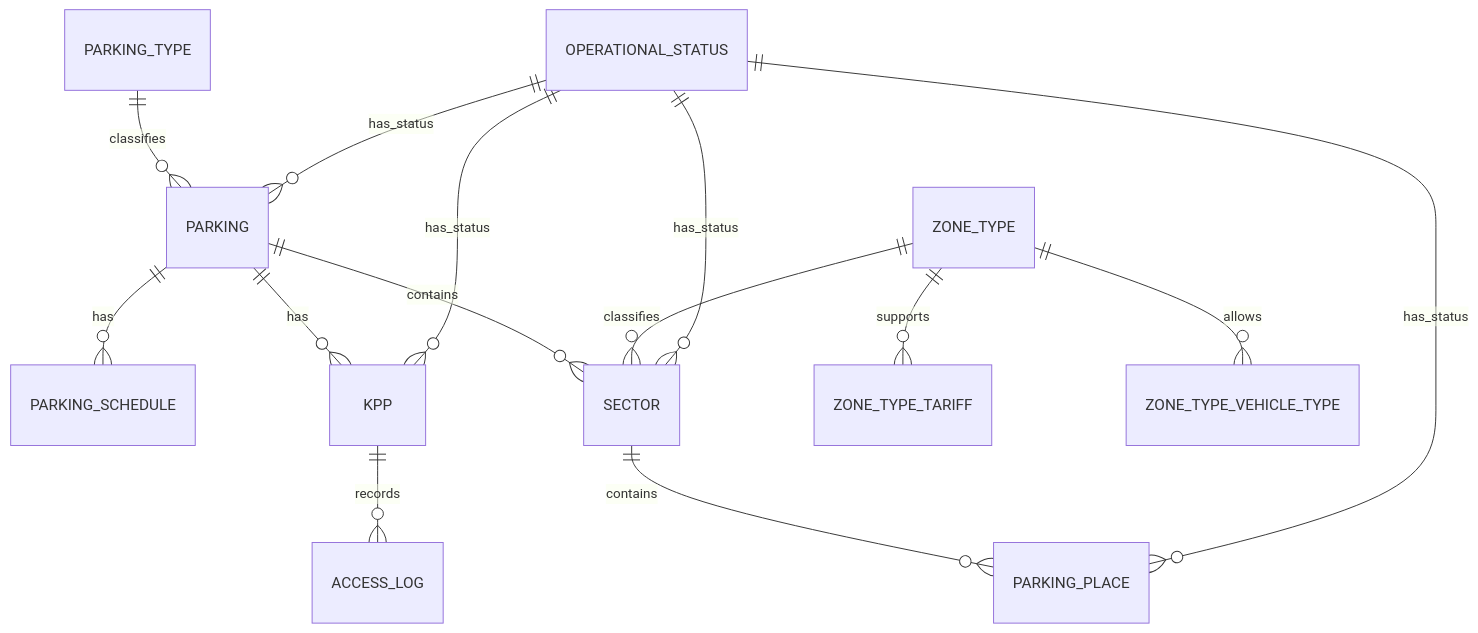
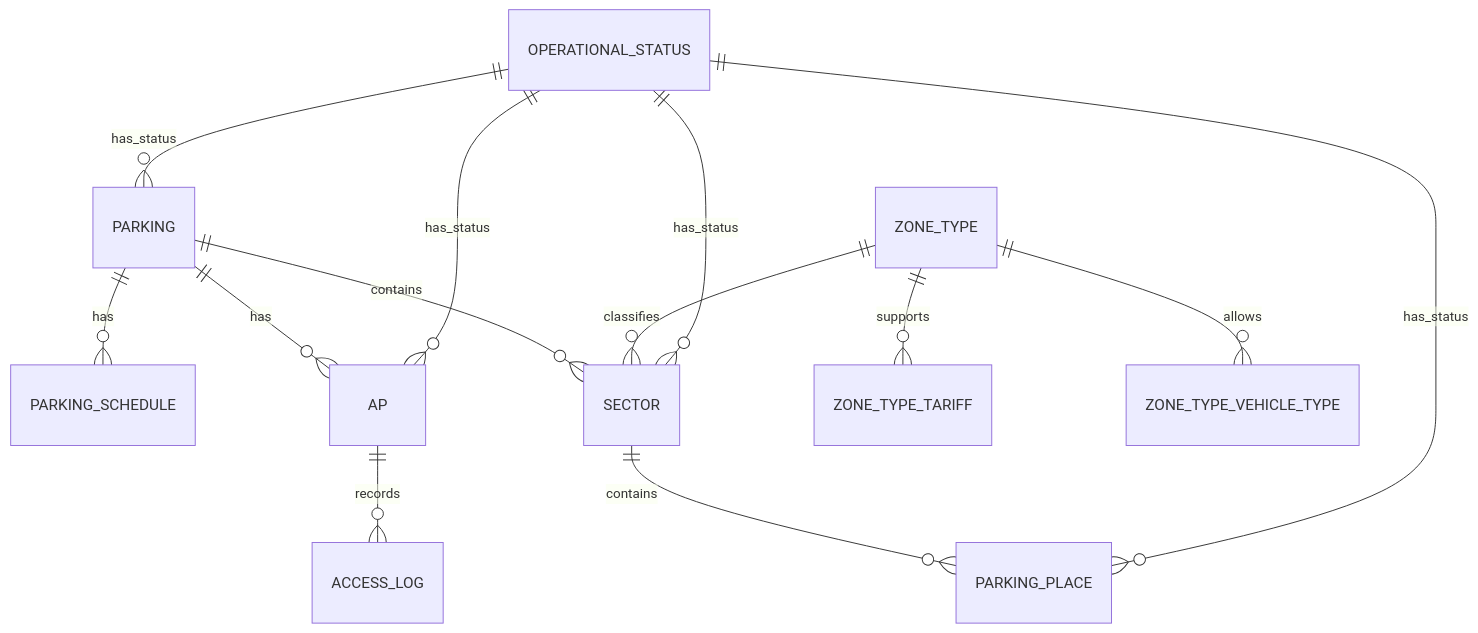
Before and after one commit to CeJIDb/sab-win-26-parking: the diagram in docs/artifacts/erd/erd-relationships-facility-access-log.md, drawn with Mermaid. The commit also changed other lines of this file and 9 other files, not shown here.

````diff
--- a/docs/artifacts/erd/erd-relationships-facility-access-log.md
+++ b/docs/artifacts/erd/erd-relationships-facility-access-log.md
@@ -229,19 +209,18 @@
 ```mermaid
 erDiagram
     PARKING ||--o{ PARKING_SCHEDULE : has
     PARKING ||--o{ SECTOR : contains
-    PARKING ||--o{ KPP : has
+    PARKING ||--o{ AP : has
 
     ZONE_TYPE ||--o{ SECTOR : classifies
     SECTOR ||--o{ PARKING_PLACE : contains
 
-    PARKING_TYPE ||--o{ PARKING : classifies
     OPERATIONAL_STATUS ||--o{ PARKING : has_status
     OPERATIONAL_STATUS ||--o{ SECTOR : has_status
     OPERATIONAL_STATUS ||--o{ PARKING_PLACE : has_status
-    OPERATIONAL_STATUS ||--o{ KPP : has_status
+    OPERATIONAL_STATUS ||--o{ AP : has_status
 
     ZONE_TYPE ||--o{ ZONE_TYPE_TARIFF : supports
     ZONE_TYPE ||--o{ ZONE_TYPE_VEHICLE_TYPE : allows
-    KPP ||--o{ ACCESS_LOG : records
+    AP ||--o{ ACCESS_LOG : records
 ```
````
